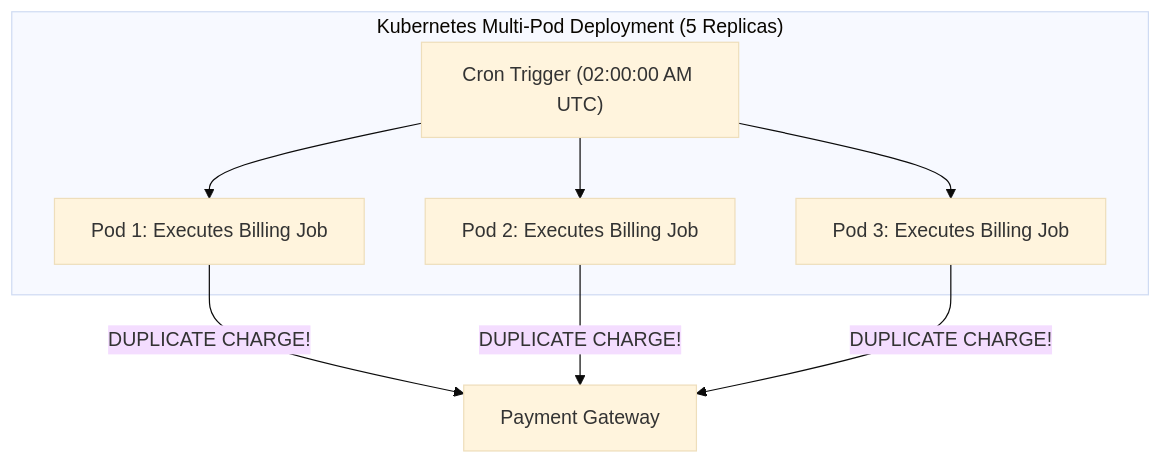
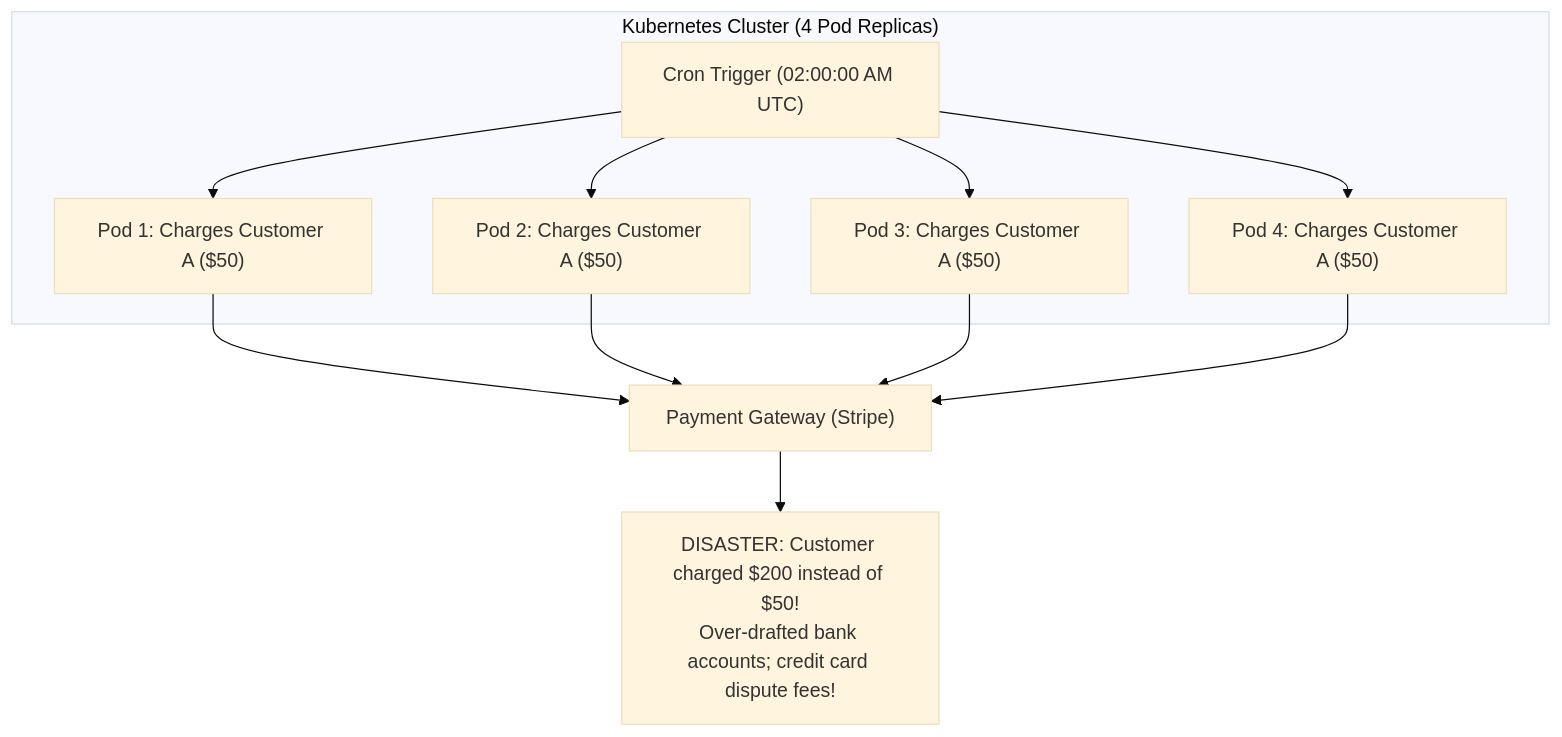
One commit to weaponxwolf/backend-engineering-mastry changed the second of 6 diagrams in docs/advanced/distributed-batch-scheduling.mdx. Above: the diagram before and after it, drawn with Mermaid (base theme). The commit also changed other lines of this file and 15 other files, not shown here.

````diff
--- a/docs/advanced/distributed-batch-scheduling.mdx
+++ b/docs/advanced/distributed-batch-scheduling.mdx
@@ -33,13 +86,19 @@
 ```mermaid
 flowchart TD
-    subgraph MultiPodCluster["Kubernetes Multi-Pod Deployment (5 Replicas)"]
-        CronTimer["Cron Trigger (02:00:00 AM UTC)"]
-        CronTimer --> Pod1["Pod 1: Executes Billing Job"]
-        CronTimer --> Pod2["Pod 2: Executes Billing Job"]
-        CronTimer --> Pod3["Pod 3: Executes Billing Job"]
+    subgraph K8s_Deployment["Kubernetes Cluster (4 Pod Replicas)"]
+        CronTrigger["Cron Trigger (02:00:00 AM UTC)"]
+        CronTrigger --> Pod1["Pod 1: Charges Customer A ($50)"]
+        CronTrigger --> Pod2["Pod 2: Charges Customer A ($50)"]
+        CronTrigger --> Pod3["Pod 3: Charges Customer A ($50)"]
+        CronTrigger --> Pod4["Pod 4: Charges Customer A ($50)"]
     end
+
+    Stripe["Payment Gateway (Stripe)"]
+    Pod1 --> Stripe
+    Pod2 --> Stripe
+    Pod3 --> Stripe
+    Pod4 --> Stripe
     
-    Pod1 -->|DUPLICATE CHARGE!| Stripe["Payment Gateway"]
-    Pod2 -->|DUPLICATE CHARGE!| Stripe
-    Pod3 -->|DUPLICATE CHARGE!| Stripe
+    Result["DISASTER: Customer charged $200 instead of $50!\nOver-drafted bank accounts; credit card dispute fees!"]
+    Stripe --> Result
 ```
````
